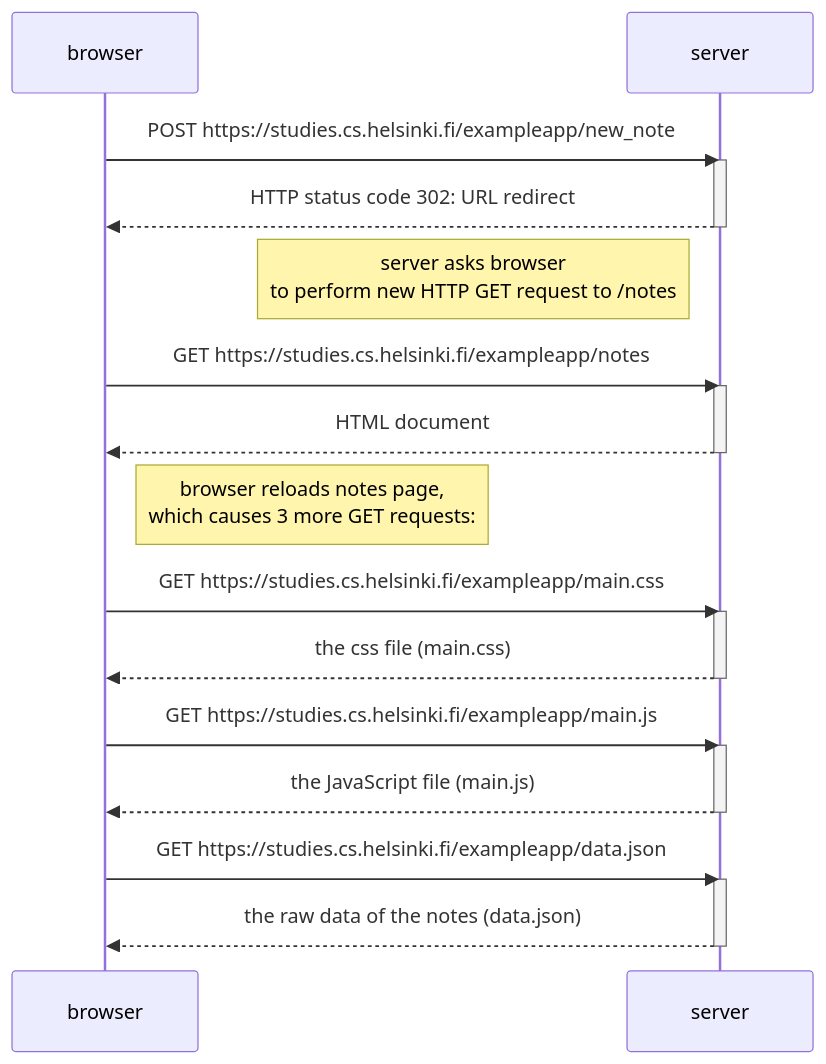
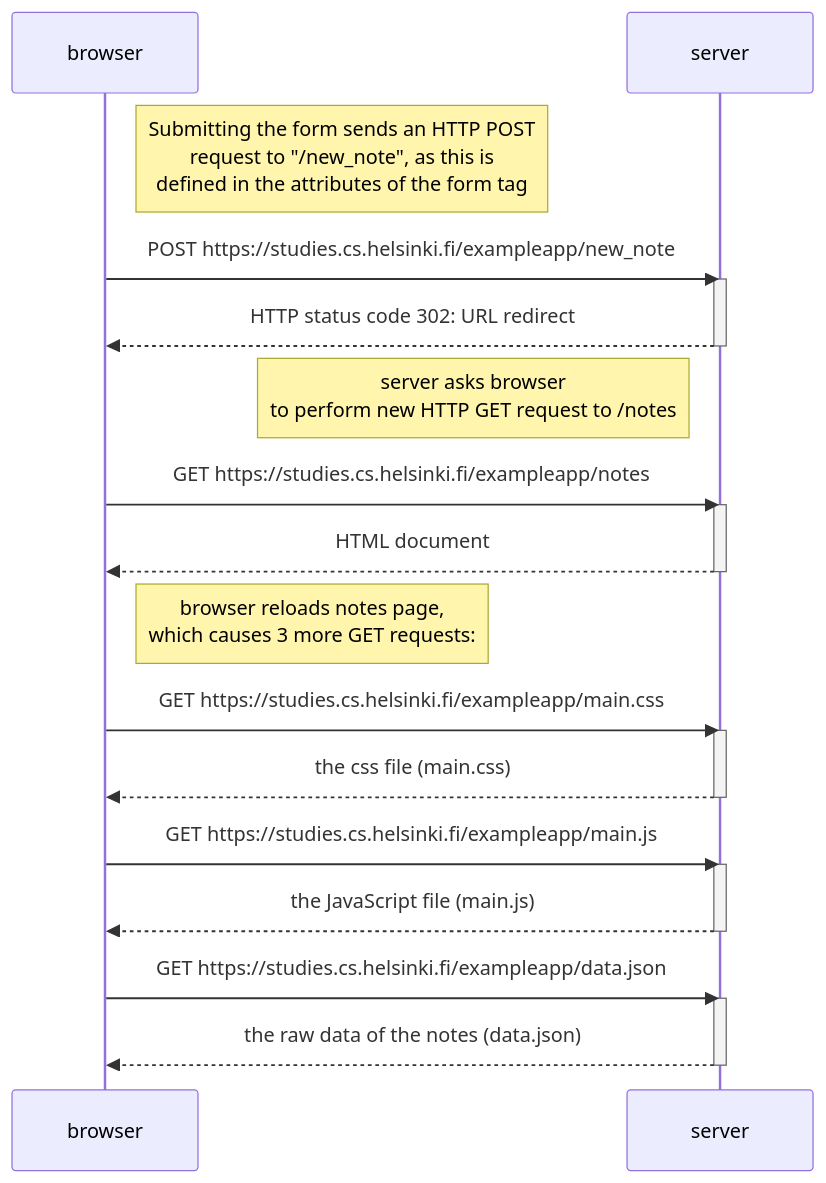
One commit to valli259/Fullstack-exercises changed the diagram in part0/exercise0-4.md. Above: the diagram before and after it, drawn with Mermaid.

````diff
--- a/part0/exercise0-4.md
+++ b/part0/exercise0-4.md
@@ -1,32 +1,33 @@
 ```mermaid
   sequenceDiagram
     participant browser
     participant server
+Note right of browser: Submitting the form sends an HTTP POST <br> request to "/new_note", as this is<br> defined in the attributes of the form tag
     browser->>server: POST https://studies.cs.helsinki.fi/exampleapp/new_note
     activate server
     server-->>browser: HTTP status code 302: URL redirect
     deactivate server
     Note left of server: server asks browser <br> to perform new HTTP GET request to /notes
 
 
     browser->>server: GET https://studies.cs.helsinki.fi/exampleapp/notes
     activate server
     server-->>browser: HTML document
     deactivate server
 Note right of browser: browser reloads notes page,<br> which causes 3 more GET requests:
 
     browser->>server: GET https://studies.cs.helsinki.fi/exampleapp/main.css
     activate server
     server-->>browser: the css file (main.css)
     deactivate server
 
     browser->>server: GET https://studies.cs.helsinki.fi/exampleapp/main.js
     activate server
     server-->>browser: the JavaScript file (main.js)
     deactivate server
 
     browser->>server: GET https://studies.cs.helsinki.fi/exampleapp/data.json
 activate server
 server-->>browser: the raw data of the notes (data.json)
 deactivate server
 ```
````
